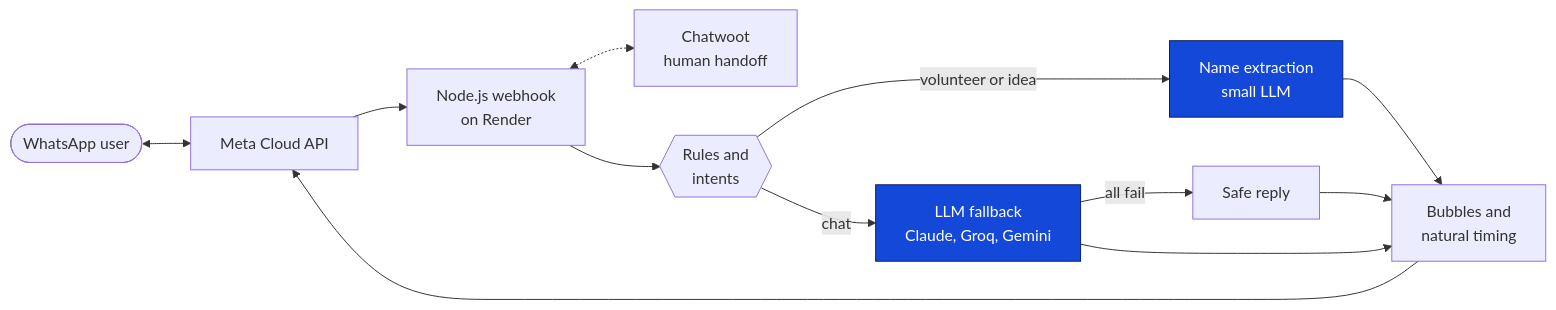
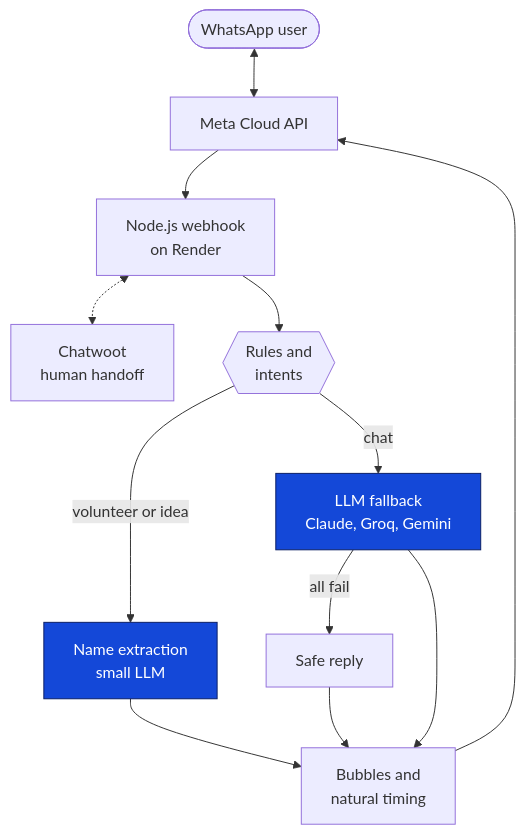
One commit to GuilhermeBernardes1/GuilhermeBernardes1 changed the second of 2 diagrams in README.md. Above: the diagram before and after it, drawn with Mermaid.

Commit message:
Render the agent diagram top-down for readability

````diff
--- a/README.md
+++ b/README.md
@@ -118,17 +118,17 @@
 ```mermaid
-flowchart LR
+flowchart TD
     U(["WhatsApp user"]) <--> W["Meta Cloud API"]
     W --> S["Node.js webhook<br/>on Render"]
     S <-.-> C["Chatwoot<br/>human handoff"]
     S --> R{{"Rules and<br/>intents"}}
     R -- "volunteer or idea" --> X["Name extraction<br/>small LLM"]
     R -- "chat" --> F["LLM fallback<br/>Claude, Groq, Gemini"]
     F -- "all fail" --> SAFE["Safe reply"]
     F --> O["Bubbles and<br/>natural timing"]
     X --> O
     SAFE --> O
     O --> W
 
     classDef ai fill:#1448D8,stroke:#0A1E64,color:#ffffff
     class F,X ai
 ```
````
